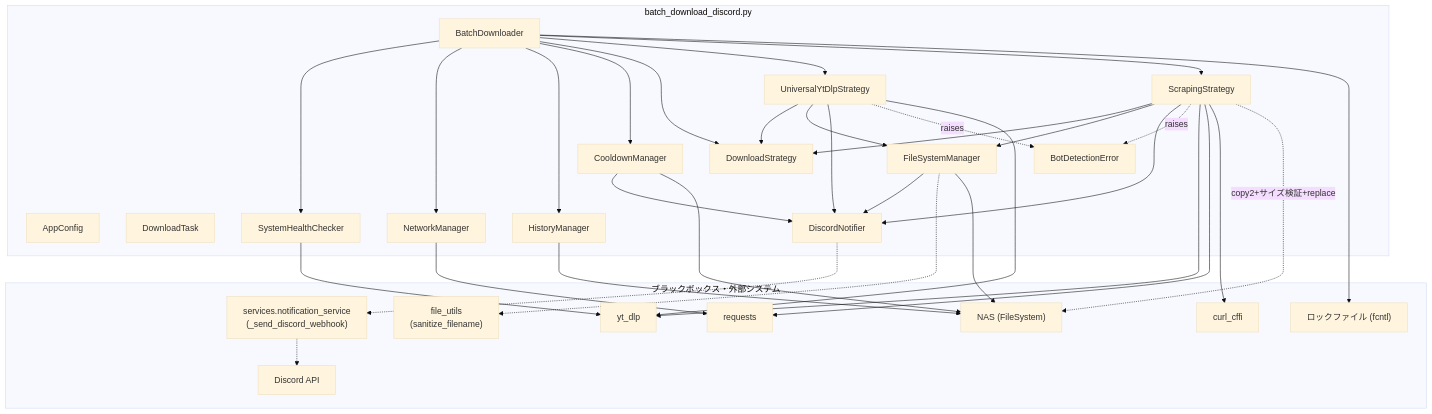
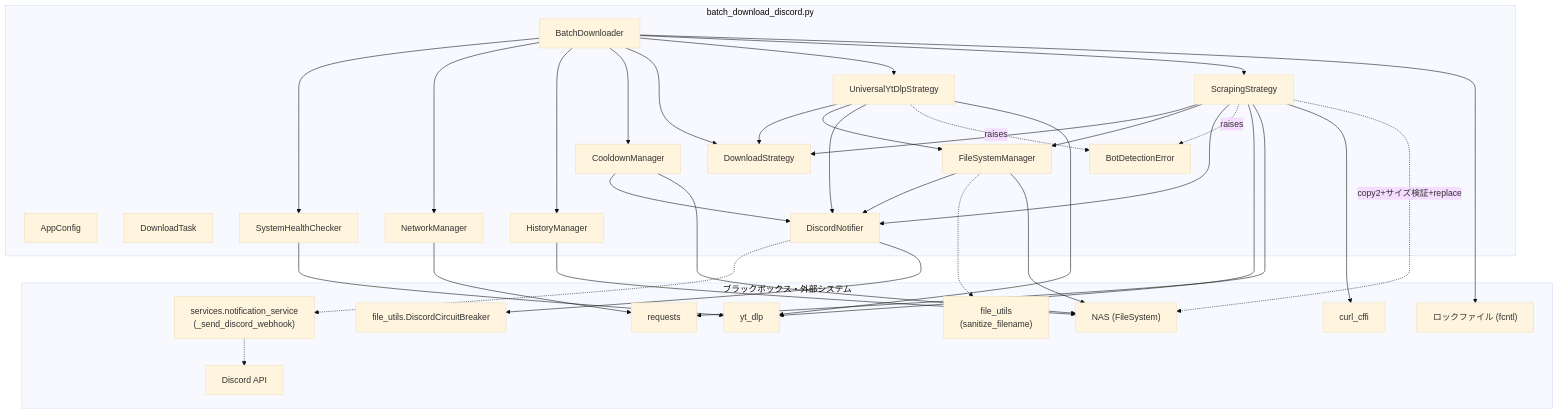
One commit to mmtigers/my_python_project changed the second of 2 diagrams in docs/specifications/DDD/batch_download_discord.md. Above: the diagram before and after it, drawn with Mermaid (base theme). The commit also changed other lines of this file and 2 other files, not shown here.

First line of the commit message:
docs: DDD仕様書をDiscordCircuitBreaker/exc_info修正に追従させる

````diff
--- a/docs/specifications/DDD/batch_download_discord.md
+++ b/docs/specifications/DDD/batch_download_discord.md
@@ -946,63 +960,65 @@
 ```mermaid
 flowchart TD
     subgraph SubBatchDownload["batch_download_discord.py"]
         AppConfig
         DownloadTask
         BotDetectionError
         BatchDownloader
         DiscordNotifier
         HistoryManager
         CooldownManager
         NetworkManager
         FileSystemManager
         SystemHealthChecker
         DownloadStrategy
         UniversalYtDlpStrategy
         ScrapingStrategy
 
         BatchDownloader --> SystemHealthChecker
         BatchDownloader --> NetworkManager
         BatchDownloader --> HistoryManager
         BatchDownloader --> CooldownManager
         BatchDownloader --> DownloadStrategy
         BatchDownloader --> UniversalYtDlpStrategy
         BatchDownloader --> ScrapingStrategy
 
         UniversalYtDlpStrategy --> DownloadStrategy
         ScrapingStrategy --> DownloadStrategy
         UniversalYtDlpStrategy --> FileSystemManager
         UniversalYtDlpStrategy --> DiscordNotifier
         UniversalYtDlpStrategy -.->|"raises"| BotDetectionError
         ScrapingStrategy --> FileSystemManager
         ScrapingStrategy --> DiscordNotifier
         ScrapingStrategy -.->|"raises"| BotDetectionError
         FileSystemManager --> DiscordNotifier
         CooldownManager --> DiscordNotifier
     end
 
     subgraph SubBlackBox["ブラックボックス・外部システム"]
         NotificationService["services.notification_service<br>(_send_discord_webhook)"]
         FileUtils["file_utils<br>(sanitize_filename)"]
+        DiscordCircuitBreaker["file_utils.DiscordCircuitBreaker"]
         YTDLP["yt_dlp"]
         Requests["requests"]
         CurlCffi["curl_cffi"]
         NAS["NAS (FileSystem)"]
         DiscordAPI["Discord API"]
         LockFile["ロックファイル (fcntl)"]
     end
 
     DiscordNotifier -.-> NotificationService
     NotificationService -.-> DiscordAPI
+    DiscordNotifier --> DiscordCircuitBreaker
     FileSystemManager -.-> FileUtils
     UniversalYtDlpStrategy --> YTDLP
     ScrapingStrategy --> YTDLP
     SystemHealthChecker --> YTDLP
     NetworkManager --> Requests
     ScrapingStrategy --> Requests
     ScrapingStrategy --> CurlCffi
     ScrapingStrategy -.->|"copy2+サイズ検証+replace"| NAS
     FileSystemManager --> NAS
     HistoryManager --> NAS
     CooldownManager --> NAS
     BatchDownloader --> LockFile
 ```
````
